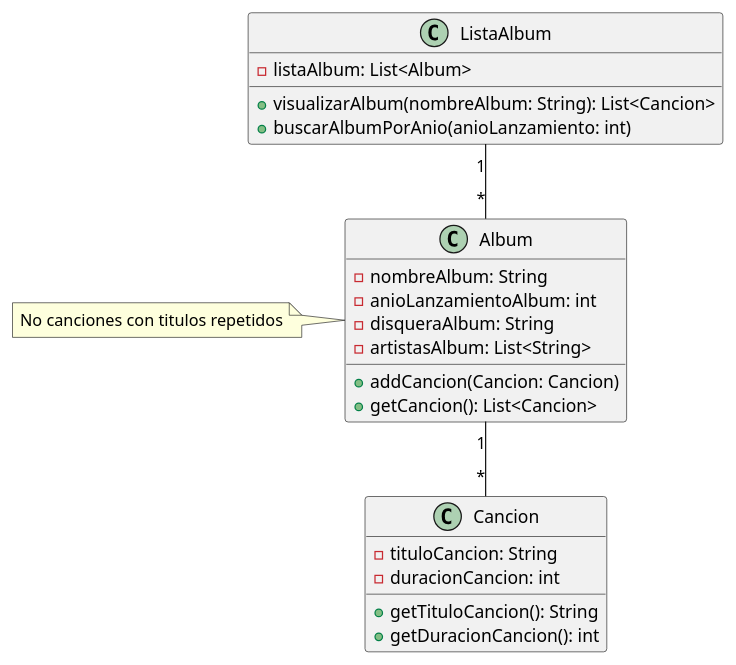
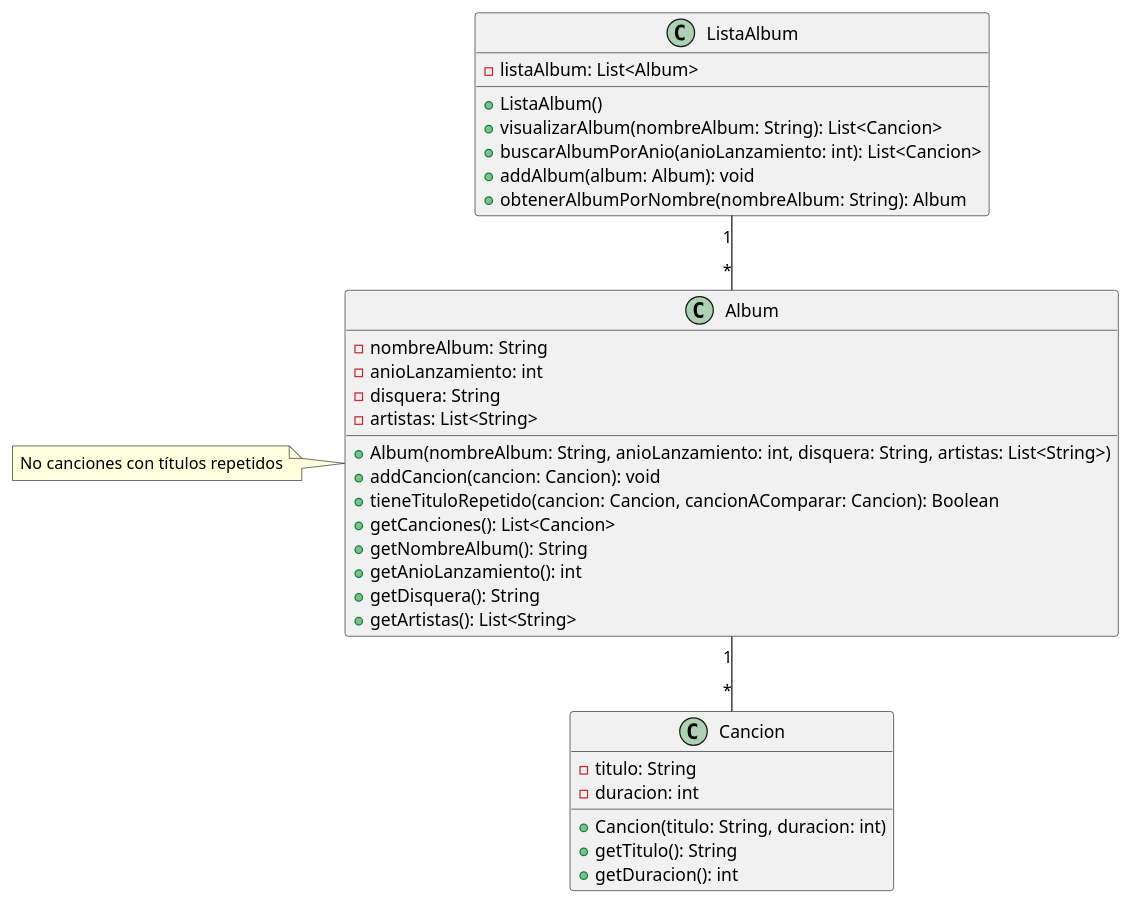
The diagram in Documentación/DiagramaClases.plantuml (Antoquez/music-album-project), drawn with PlantUML before and after one commit.

Commit message:
actualización de diagrama de clases

```diff
--- a/Documentación/DiagramaClases.plantuml
+++ b/Documentación/DiagramaClases.plantuml
@@ -1,32 +1,40 @@
 @startuml hola
 
-class ListaAlbum{
+class ListaAlbum {
   - listaAlbum: List<Album>
+  + ListaAlbum()
   + visualizarAlbum(nombreAlbum: String): List<Cancion>
-  + buscarAlbumPorAnio(anioLanzamiento: int)
+  + buscarAlbumPorAnio(anioLanzamiento: int): List<Cancion>
+  + addAlbum(album: Album): void
+  + obtenerAlbumPorNombre(nombreAlbum: String): Album
 }
 
 class Album {
   - nombreAlbum: String
-  - anioLanzamientoAlbum: int
-  - disqueraAlbum: String
-  - artistasAlbum: List<String>
-  + addCancion(Cancion: Cancion)
-  + getCancion(): List<Cancion>
-  
+  - anioLanzamiento: int
+  - disquera: String
+  - artistas: List<String>
+  + Album(nombreAlbum: String, anioLanzamiento: int, disquera: String, artistas: List<String>)
+  + addCancion(cancion: Cancion): void
+  + tieneTituloRepetido(cancion: Cancion, cancionAComparar: Cancion): Boolean
+  + getCanciones(): List<Cancion>
+  + getNombreAlbum(): String
+  + getAnioLanzamiento(): int
+  + getDisquera(): String
+  + getArtistas(): List<String>
 }
 
 class Cancion {
-  - tituloCancion: String
-  - duracionCancion: int
-  + getTituloCancion(): String
-  + getDuracionCancion(): int
+  - titulo: String
+  - duracion: int
+  + Cancion(titulo: String, duracion: int)
+  + getTitulo(): String
+  + getDuracion(): int
 }
 
 Album "1" -- "*" Cancion
 ListaAlbum "1" -- "*" Album
 
-note left of Album: No canciones con titulos repetidos
-
+note left of Album: No canciones con títulos repetidos
 
 @enduml
```
